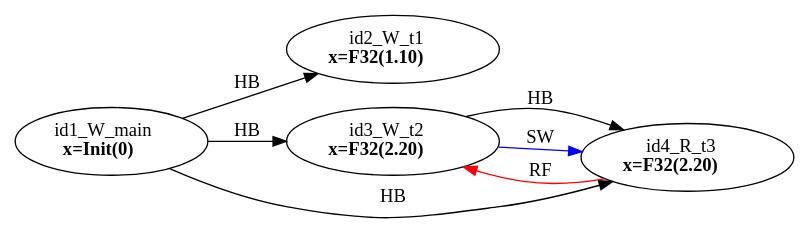
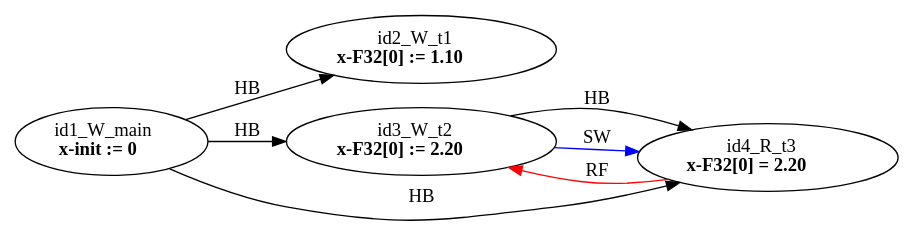
Before and after one commit to FMJS/EMME: the diagram in examples/single_var/sv_simple07/mm3.dot, drawn with Graphviz. The commit also changed 354 other files, not shown here.

```diff
--- a/examples/single_var/sv_simple07/mm3.dot
+++ b/examples/single_var/sv_simple07/mm3.dot
@@ -1,14 +1,14 @@
 digraph memory_model {
 rankdir=LR;
 splines=true; esep=0.5;
 id1_W_main -> id2_W_t1 [label = "HB", color="black"];
 id1_W_main -> id3_W_t2 [label = "HB", color="black"];
 id1_W_main -> id4_R_t3 [label = "HB", color="black"];
 id3_W_t2 -> id4_R_t3 [label = "HB", color="black"];
 id4_R_t3 -> id3_W_t2 [label = "RF", color="red"];
 id3_W_t2 -> id4_R_t3 [label = "SW", color="blue"];
-id1_W_main [label=<id1_W_main<br/><B>x=Init(0)</B>>, pos="5.0,2!"]
-id2_W_t1 [label=<id2_W_t1<br/><B>x=F32(1.10)</B>>, pos="0,0!"]
-id3_W_t2 [label=<id3_W_t2<br/><B>x=F32(2.20)</B>>, pos="5,0!"]
-id4_R_t3 [label=<id4_R_t3<br/><B>x=F32(2.20)</B>>, pos="10,0!"]
+id1_W_main [label=<id1_W_main<br/><B>x-init := 0</B>>, pos="5.0,2!"]
+id2_W_t1 [label=<id2_W_t1<br/><B>x-F32[0] := 1.10</B>>, pos="0,0!"]
+id3_W_t2 [label=<id3_W_t2<br/><B>x-F32[0] := 2.20</B>>, pos="5,0!"]
+id4_R_t3 [label=<id4_R_t3<br/><B>x-F32[0] = 2.20</B>>, pos="10,0!"]
 }
```
